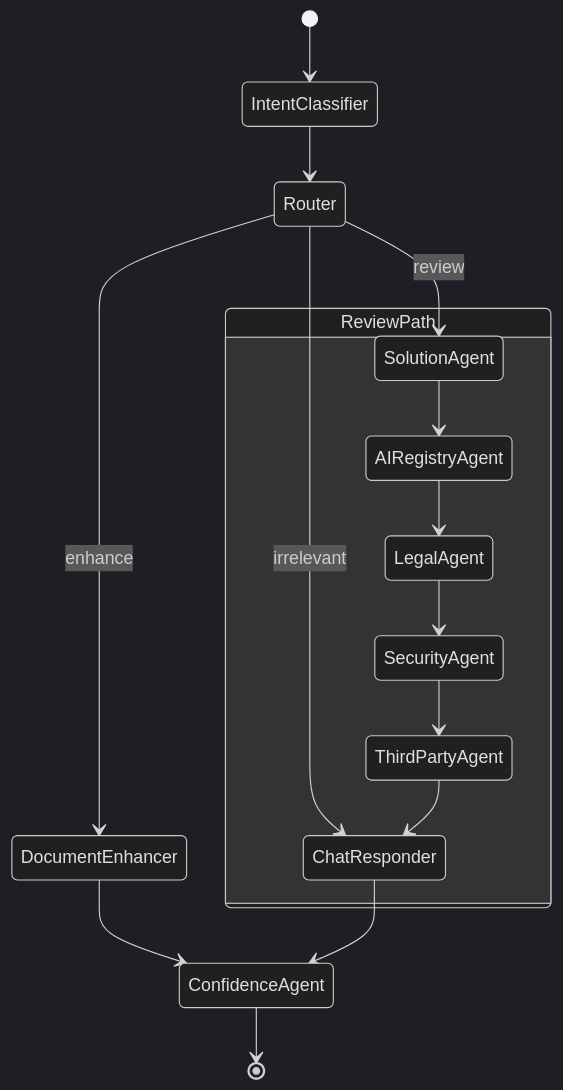
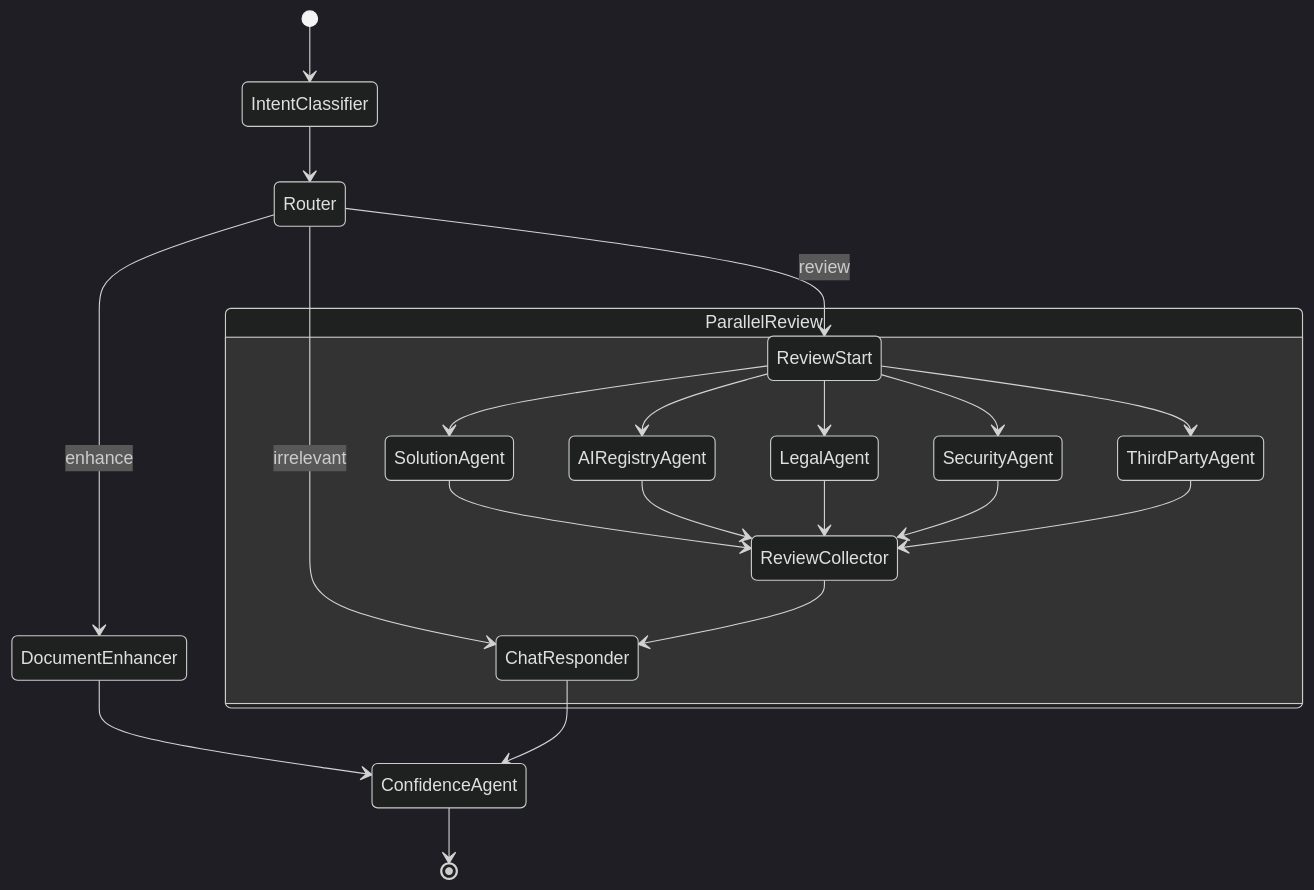
Before and after one commit to Harsha-Reddy21/multi-agent-idea-generator: the second of 2 diagrams in mermaid.md, drawn with Mermaid (dark theme). The commit also changed other lines of this file and 2 other files, not shown here.

````diff
--- a/mermaid.md
+++ b/mermaid.md
@@ -51,22 +61,30 @@
 ```mermaid
 stateDiagram-v2
     [*] --> IntentClassifier
     
     IntentClassifier --> Router
     
-    Router --> SolutionAgent: review
+    Router --> ReviewStart: review
     Router --> DocumentEnhancer: enhance
     Router --> ChatResponder: irrelevant
     
-    state ReviewPath {
-        SolutionAgent --> AIRegistryAgent
-        AIRegistryAgent --> LegalAgent
-        LegalAgent --> SecurityAgent
-        SecurityAgent --> ThirdPartyAgent
-        ThirdPartyAgent --> ChatResponder
+    state ParallelReview {
+        ReviewStart --> SolutionAgent
+        ReviewStart --> AIRegistryAgent
+        ReviewStart --> LegalAgent
+        ReviewStart --> SecurityAgent
+        ReviewStart --> ThirdPartyAgent
+        
+        SolutionAgent --> ReviewCollector
+        AIRegistryAgent --> ReviewCollector
+        LegalAgent --> ReviewCollector
+        SecurityAgent --> ReviewCollector
+        ThirdPartyAgent --> ReviewCollector
+        
+        ReviewCollector --> ChatResponder
     }
     
     DocumentEnhancer --> ConfidenceAgent
     ChatResponder --> ConfidenceAgent
     ConfidenceAgent --> [*]
 ```
````
